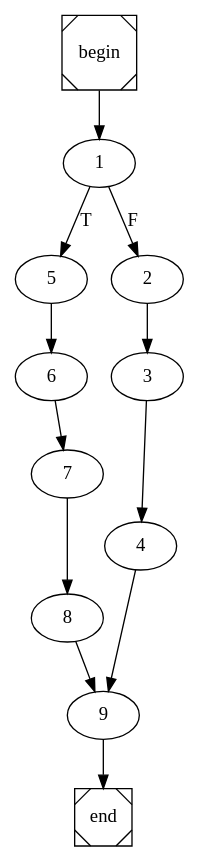
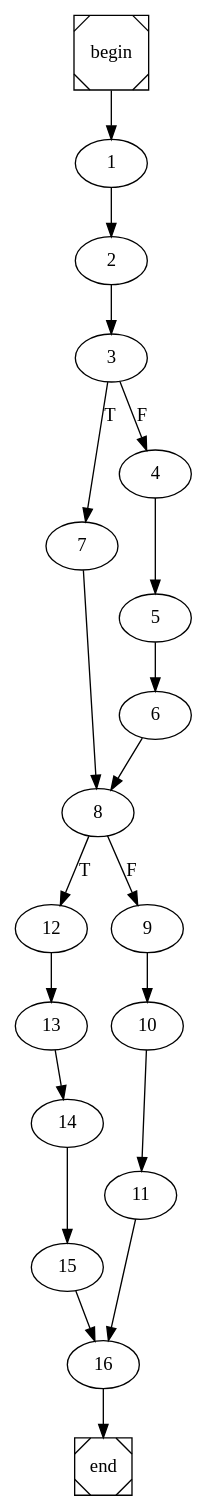
One commit to arubenruben/JMM-Compiler changed the diagram in quicksort.dot. Above: the diagram before and after it, drawn with Graphviz. The commit also changed 11 other files, not shown here.

```diff
--- a/quicksort.dot
+++ b/quicksort.dot
@@ -1,4 +1,4 @@
 digraph cfg {
 	begin [shape=Msquare];
 	end [shape=Msquare];
-	begin -> 1;	1 -> 5[label=T];	1 -> 2[label=F];	2 -> 3;	3 -> 4;	4 -> 9;	5 -> 6;	6 -> 7;	7 -> 8;	8 -> 9;	9 -> end;}
+	begin -> 1;	1 -> 2;	2 -> 3;	3 -> 7[label=T];	3 -> 4[label=F];	4 -> 5;	5 -> 6;	6 -> 8;	7 -> 8;	8 -> 12[label=T];	8 -> 9[label=F];	9 -> 10;	10 -> 11;	11 -> 16;	12 -> 13;	13 -> 14;	14 -> 15;	15 -> 16;	16 -> end;}
```
